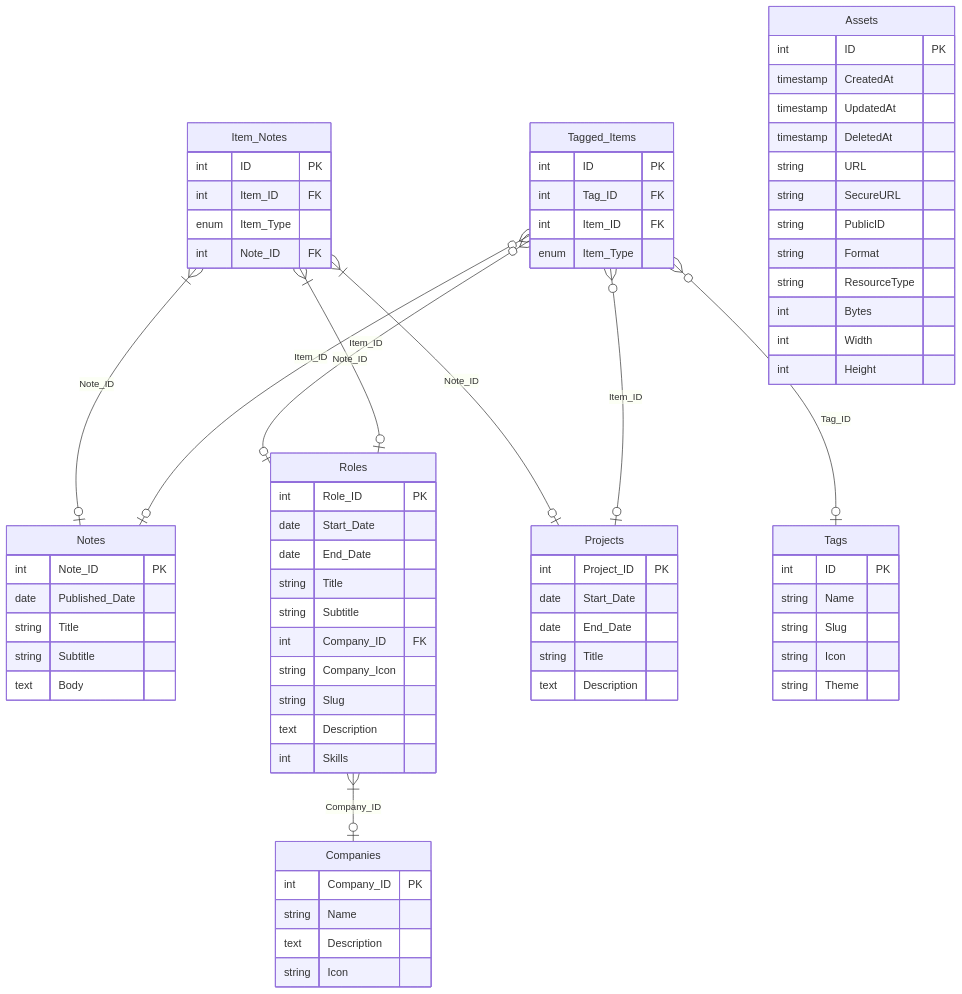
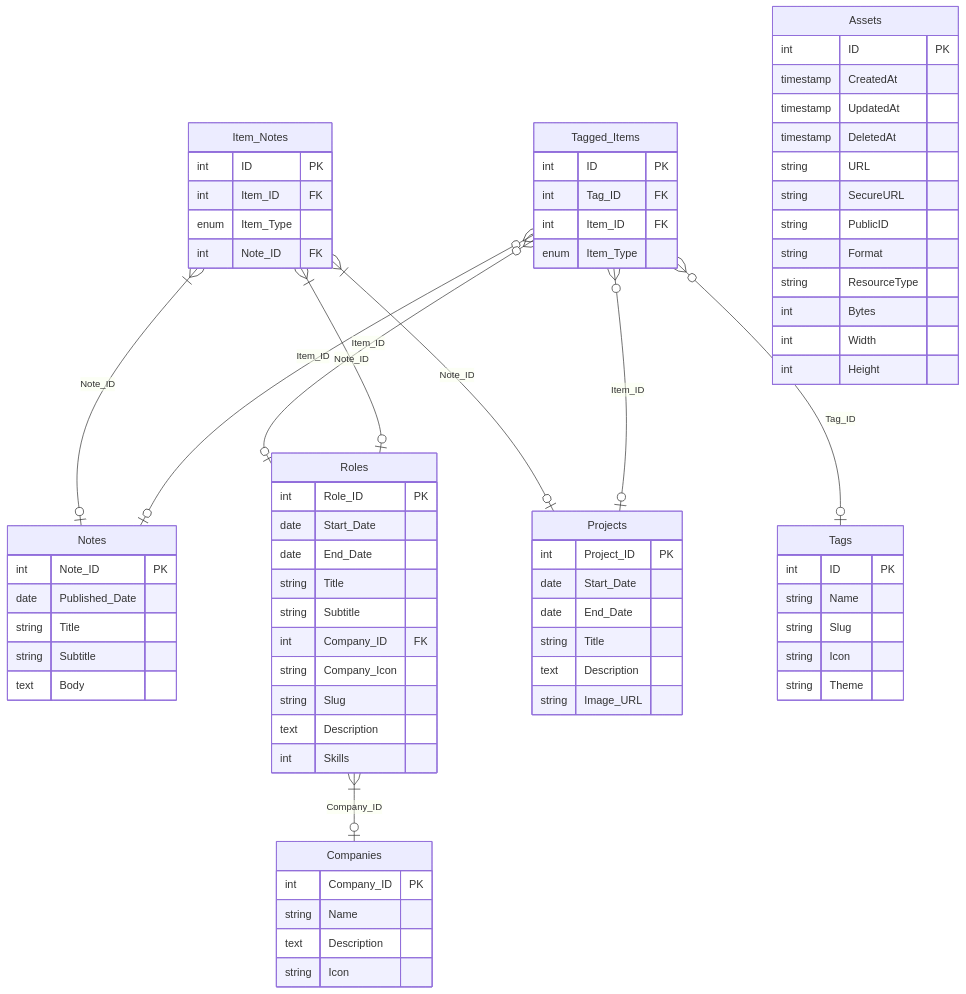
Before and after one commit to obasekietinosa/api.etin.dev: the diagram in internal/data/README.md, drawn with Mermaid. The commit also changed other lines of this file and 4 other files, not shown here.

```diff
--- a/internal/data/README.md
+++ b/internal/data/README.md
@@ -45,6 +45,7 @@
     date End_Date
     string Title
     text Description
+    string Image_URL
   }
 
   Tagged_Items {
```
